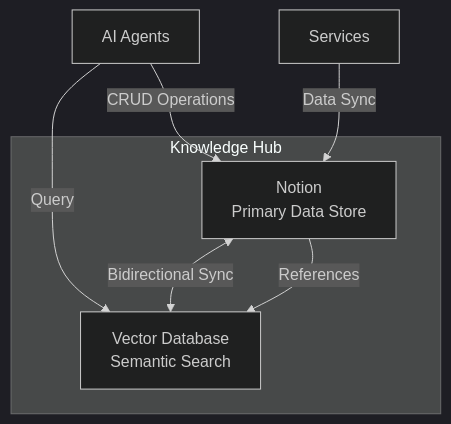
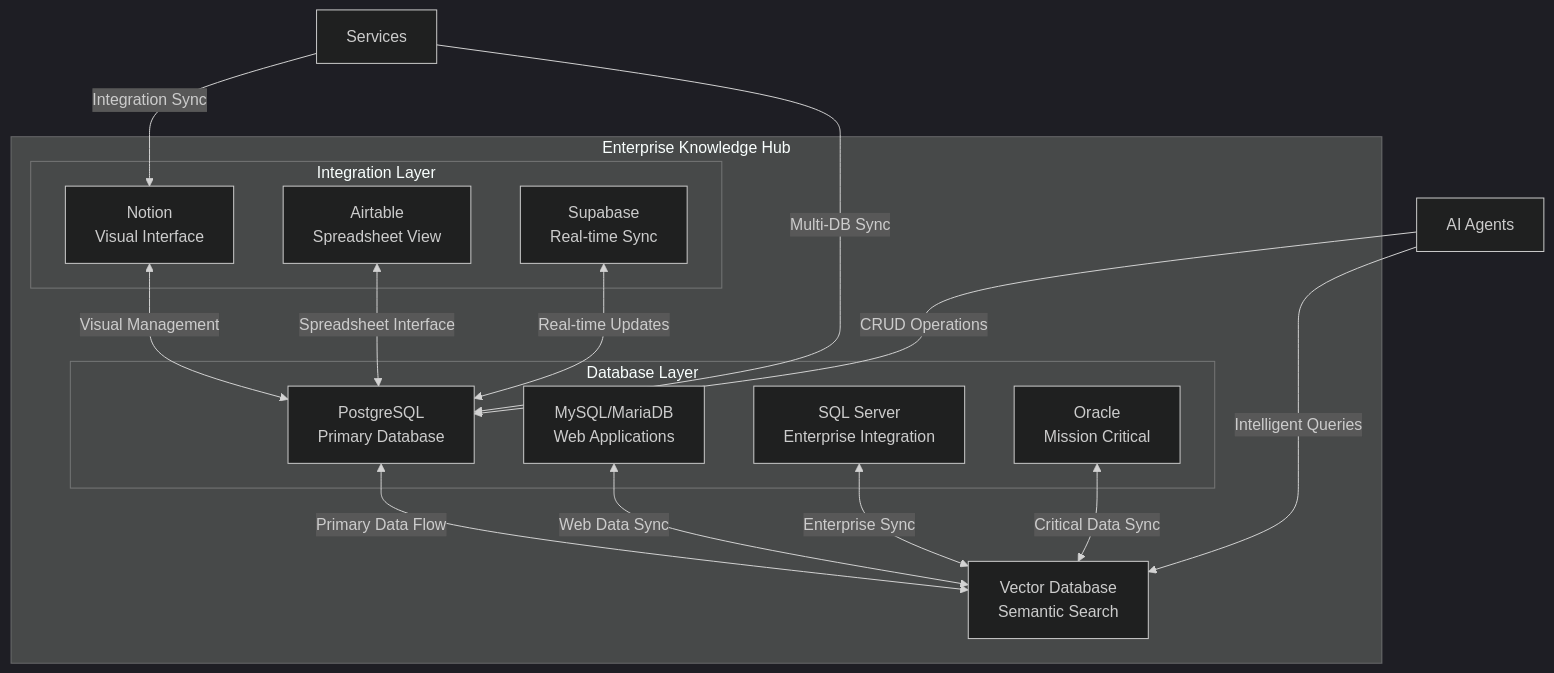
One commit to Utak-West/The-HigherSelf-Network-Server changed the first of 3 diagrams in architecture/enhanced_architecture.md. Above: the diagram before and after it, drawn with Mermaid (dark theme). The commit also changed other lines of this file and 23 other files, not shown here.

````diff
--- a/architecture/enhanced_architecture.md
+++ b/architecture/enhanced_architecture.md
@@ -19,11 +24,33 @@
 ```mermaid
 graph TD
-    subgraph "Knowledge Hub"
-        N[Notion<br/>Primary Data Store] <-->|Bidirectional Sync| V[Vector Database<br/>Semantic Search]
-        N -->|References| V
+    subgraph "Enterprise Knowledge Hub"
+        subgraph "Database Layer"
+            PG[PostgreSQL<br/>Primary Database]
+            MY[MySQL/MariaDB<br/>Web Applications]
+            MS[SQL Server<br/>Enterprise Integration]
+            OR[Oracle<br/>Mission Critical]
+        end
+
+        subgraph "Integration Layer"
+            N[Notion<br/>Visual Interface]
+            AT[Airtable<br/>Spreadsheet View]
+            SB[Supabase<br/>Real-time Sync]
+        end
+
+        V[Vector Database<br/>Semantic Search]
+
+        PG <-->|Primary Data Flow| V
+        MY <-->|Web Data Sync| V
+        MS <-->|Enterprise Sync| V
+        OR <-->|Critical Data Sync| V
+
+        N <-->|Visual Management| PG
+        AT <-->|Spreadsheet Interface| PG
+        SB <-->|Real-time Updates| PG
     end
 
-    A[AI Agents] -->|Query| V
-    A -->|CRUD Operations| N
-    S[Services] -->|Data Sync| N
+    A[AI Agents] -->|Intelligent Queries| V
+    A -->|CRUD Operations| PG
+    S[Services] -->|Multi-DB Sync| PG
+    S -->|Integration Sync| N
 ```
````
